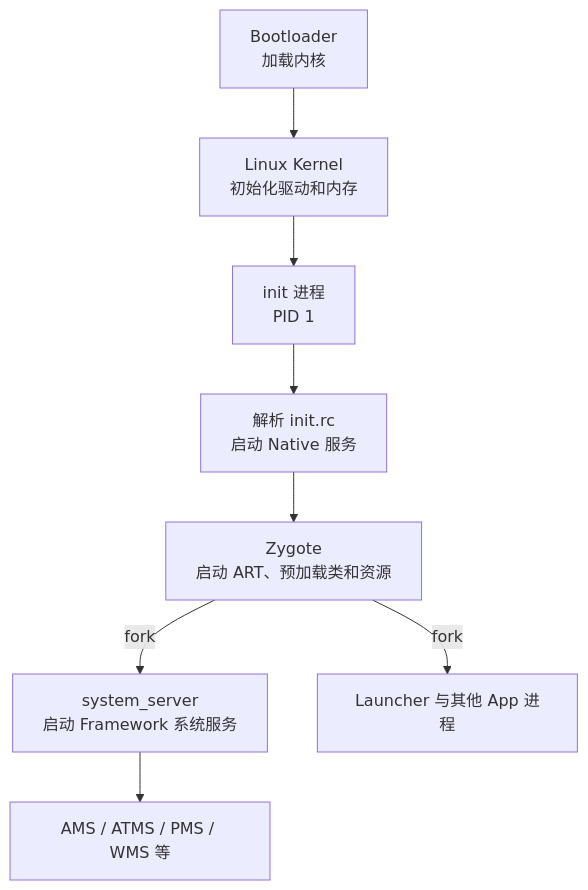
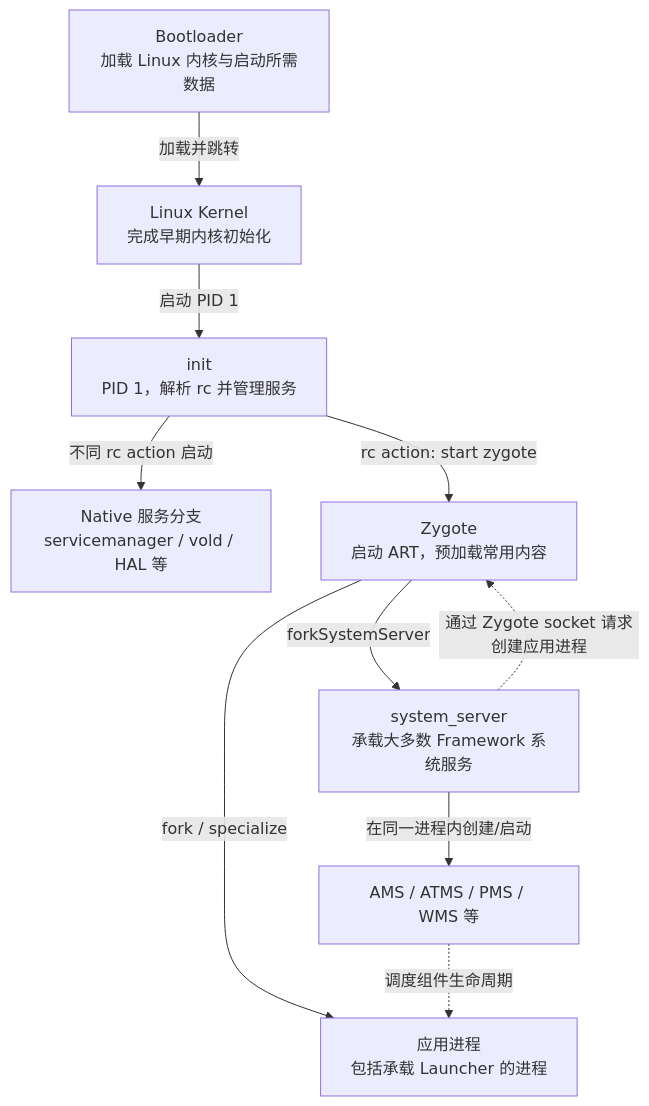
One commit to junyingzhao001/StudyNotes changed the first of 2 diagrams in Android源码学习/03-Android系统启动总览.md. Above: the diagram before and after it, drawn with Mermaid. The commit also changed other lines of this file and 30 other files, not shown here.

````diff
--- a/Android源码学习/03-Android系统启动总览.md
+++ b/Android源码学习/03-Android系统启动总览.md
@@ -11,14 +45,21 @@
 ```mermaid
 flowchart TD
-    BL["Bootloader<br/>加载内核"]
-    K["Linux Kernel<br/>初始化驱动和内存"]
-    INIT["init 进程<br/>PID 1"]
-    RC["解析 init.rc<br/>启动 Native 服务"]
-    Z["Zygote<br/>启动 ART、预加载类和资源"]
-    SS["system_server<br/>启动 Framework 系统服务"]
-    AMS["AMS / ATMS / PMS / WMS 等"]
-    APP["Launcher 与其他 App 进程"]
-    BL --> K --> INIT --> RC --> Z
-    Z -->|"fork"| SS --> AMS
-    Z -->|"fork"| APP
+    BL["Bootloader<br/>加载 Linux 内核与启动所需数据"]
+    K["Linux Kernel<br/>完成早期内核初始化"]
+    I["init<br/>PID 1，解析 rc 并管理服务"]
+    N["Native 服务分支<br/>servicemanager / vold / HAL 等"]
+    Z["Zygote<br/>启动 ART，预加载常用内容"]
+    SS["system_server<br/>承载大多数 Framework 系统服务"]
+    SVC["AMS / ATMS / PMS / WMS 等"]
+    APP["应用进程<br/>包括承载 Launcher 的进程"]
+
+    BL -->|加载并跳转| K
+    K -->|启动 PID 1| I
+    I -->|不同 rc action 启动| N
+    I -->|rc action: start zygote| Z
+    Z -->|forkSystemServer| SS
+    SS -->|在同一进程内创建/启动| SVC
+    SS -.->|通过 Zygote socket 请求创建应用进程| Z
+    Z -->|fork / specialize| APP
+    SVC -.->|调度组件生命周期| APP
 ```
````
